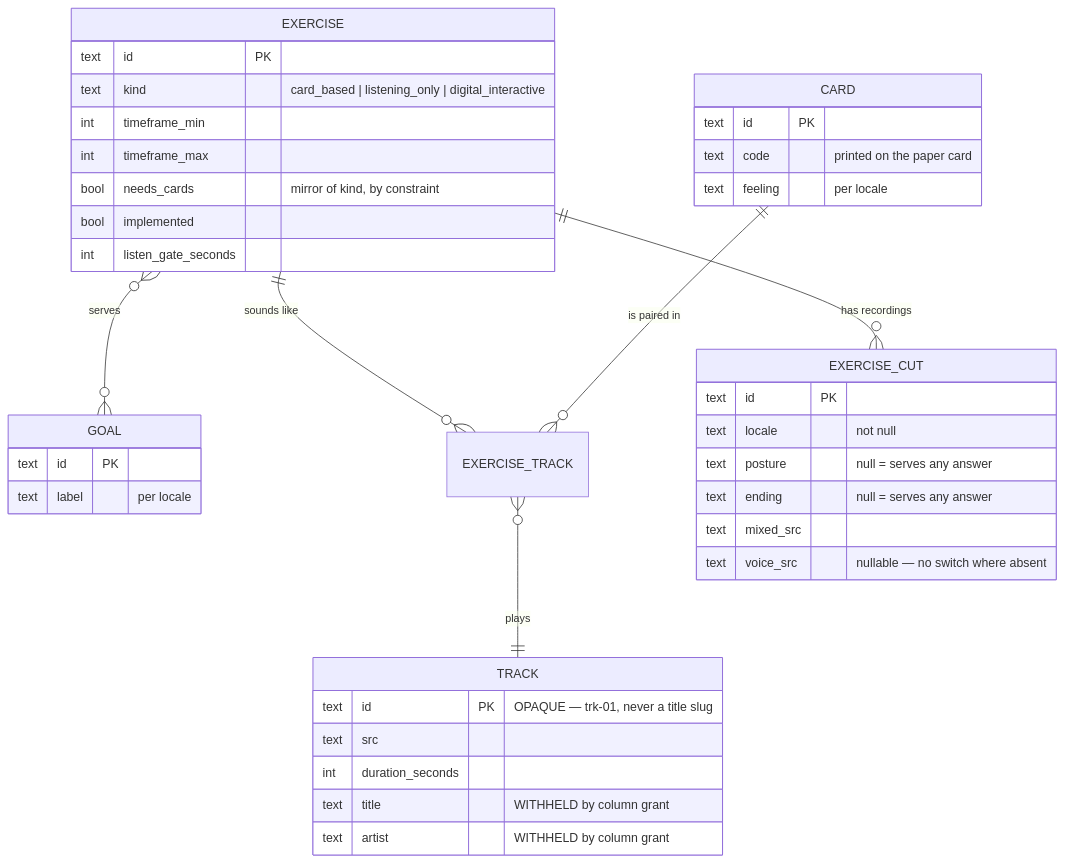
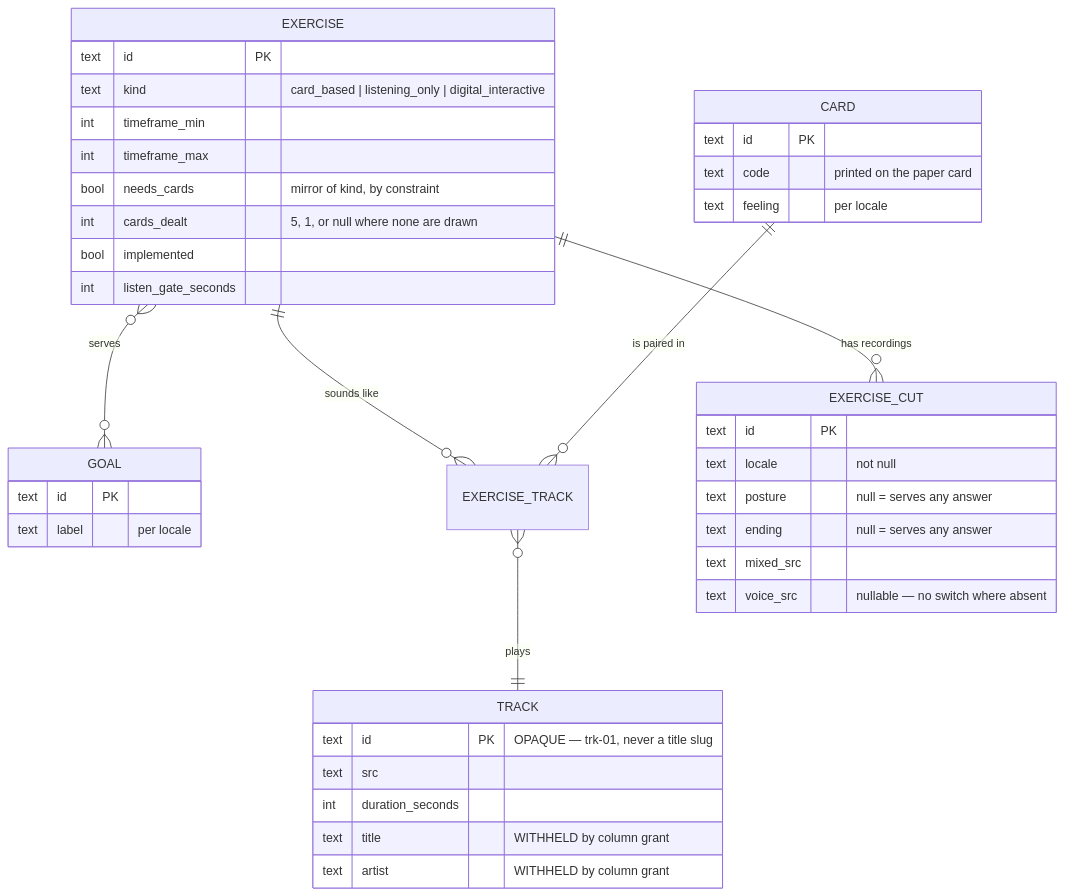
One commit to product-ben/musie changed the second of 3 diagrams in apps/docs/architecture/data-model.md. Above: the diagram before and after it, drawn with Mermaid. The commit also changed other lines of this file and 4 other files, not shown here.

````diff
--- a/apps/docs/architecture/data-model.md
+++ b/apps/docs/architecture/data-model.md
@@ -53,42 +54,43 @@
 ```mermaid
 erDiagram
     EXERCISE }o--o{ GOAL : "serves"
     EXERCISE ||--o{ EXERCISE_TRACK : "sounds like"
     EXERCISE ||--o{ EXERCISE_CUT : "has recordings"
     CARD ||--o{ EXERCISE_TRACK : "is paired in"
     EXERCISE_TRACK }o--|| TRACK : "plays"
 
     EXERCISE {
         text id PK
         text kind "card_based | listening_only | digital_interactive"
         int timeframe_min
         int timeframe_max
         bool needs_cards "mirror of kind, by constraint"
+        int cards_dealt "5, 1, or null where none are drawn"
         bool implemented
         int listen_gate_seconds
     }
     CARD {
         text id PK
         text code "printed on the paper card"
         text feeling "per locale"
     }
     TRACK {
         text id PK "OPAQUE — trk-01, never a title slug"
         text src
         int duration_seconds
         text title "WITHHELD by column grant"
         text artist "WITHHELD by column grant"
     }
     EXERCISE_CUT {
         text id PK
         text locale "not null"
         text posture "null = serves any answer"
         text ending "null = serves any answer"
         text mixed_src
         text voice_src "nullable — no switch where absent"
     }
     GOAL {
         text id PK
         text label "per locale"
     }
 ```
````
